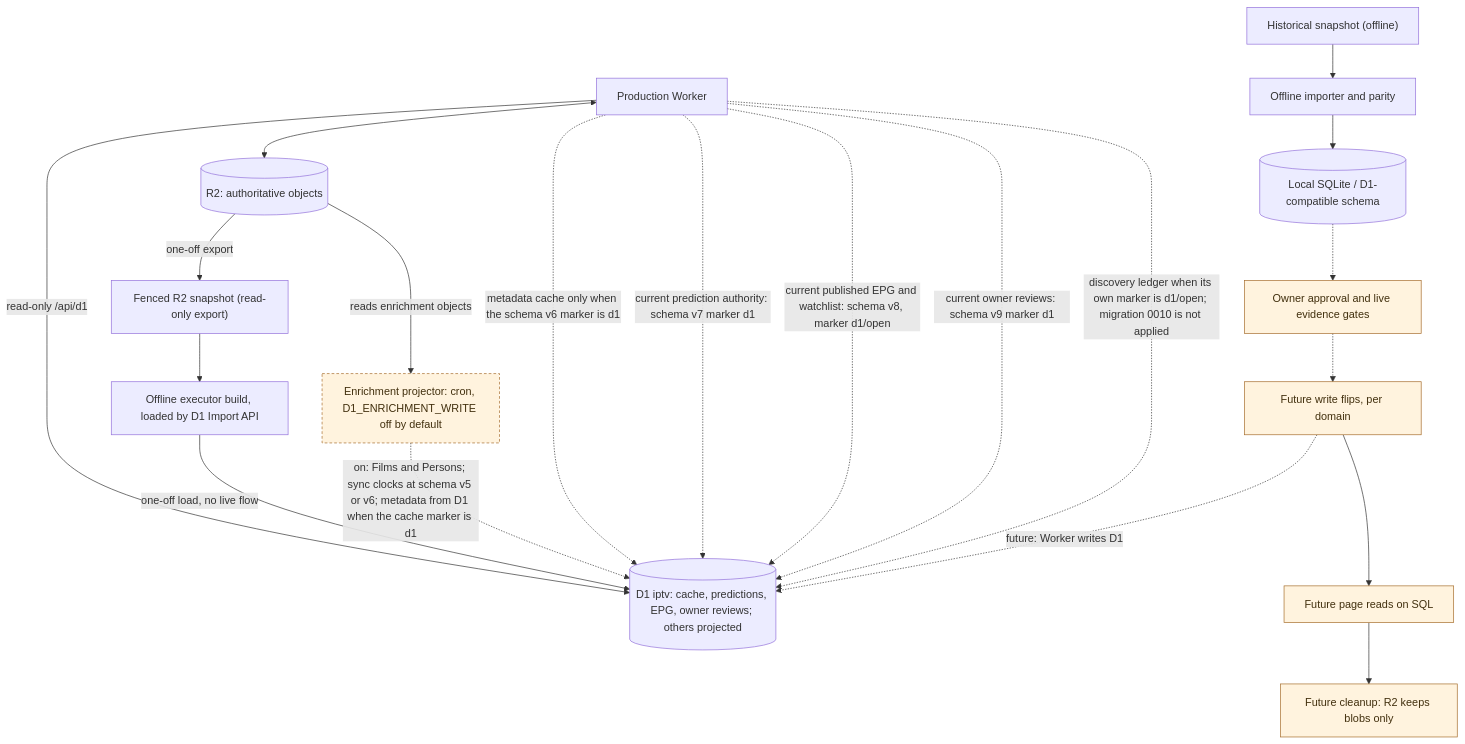
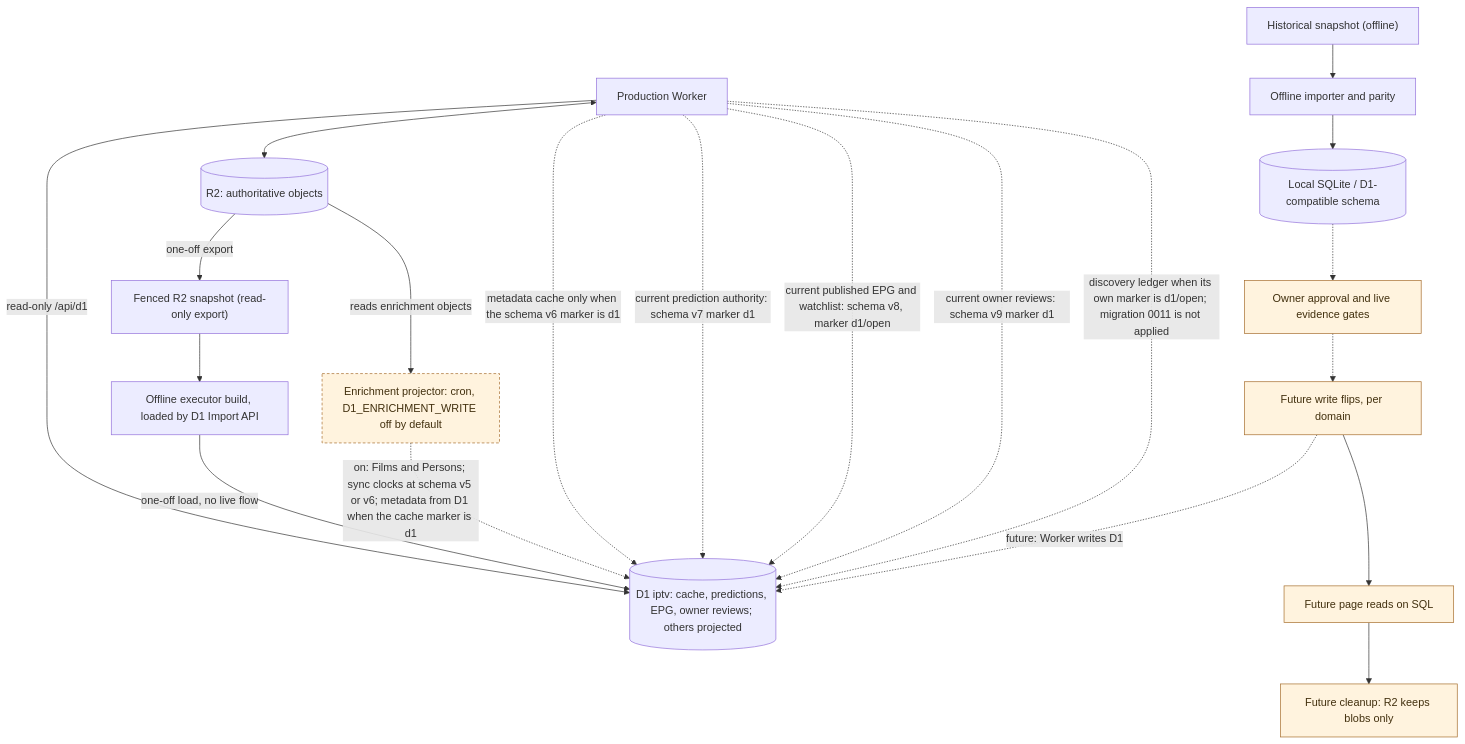
The diagram in docs/architecture/persistence-and-migration.md (vladimino/iptv-watchlist), drawn with Mermaid before and after one commit. The commit also changed other lines of this file and 20 other files, not shown here.

First line of the commit message:
[AIR-320] Move discovery to migration 0011 and ADR 0085

````diff
--- a/docs/architecture/persistence-and-migration.md
+++ b/docs/architecture/persistence-and-migration.md
@@ -5,33 +5,33 @@
 ```mermaid
 flowchart TD
     worker["Production Worker"]
     r2[("R2: authoritative objects")]
     archive["Historical snapshot (offline)"]
     importer["Offline importer and parity"]
     local[("Local SQLite / D1-compatible schema")]
     gate["Owner approval and live evidence gates"]
     snapshot["Fenced R2 snapshot (read-only export)"]
     reload["Offline executor build, loaded by D1 Import API"]
     d1[("D1 iptv: cache, predictions, EPG, owner reviews; others projected")]
     projector["Enrichment projector: cron, D1_ENRICHMENT_WRITE off by default"]
     flipWrite["Future write flips, per domain"]
     flipRead["Future page reads on SQL"]
     retire["Future cleanup: R2 keeps blobs only"]
     worker <--> r2
     worker -->|read-only /api/d1| d1
     archive --> importer --> local
     local -.-> gate
     r2 -->|one-off export| snapshot --> reload -->|one-off load, no live flow| d1
     r2 -->|reads enrichment objects| projector -.->|on: Films and Persons; sync clocks at schema v5 or v6; metadata from D1 when the cache marker is d1| d1
     worker -.->|metadata cache only when the schema v6 marker is d1| d1
     worker -.->|current prediction authority: schema v7 marker d1| d1
     worker -.->|current published EPG and watchlist: schema v8, marker d1/open| d1
     worker -.->|current owner reviews: schema v9 marker d1| d1
-    worker -.->|discovery ledger when its own marker is d1/open; migration 0010 is not applied| d1
+    worker -.->|discovery ledger when its own marker is d1/open; migration 0011 is not applied| d1
     gate -.-> flipWrite -.->|future: Worker writes D1| d1
     flipWrite --> flipRead --> retire
     classDef future fill:#fff3de,stroke:#a56c2b,color:#42300e
     classDef gated fill:#fff3de,stroke:#a56c2b,color:#42300e,stroke-dasharray:4 3
     class gate,flipWrite,flipRead,retire future
     class projector gated
 ```
````
